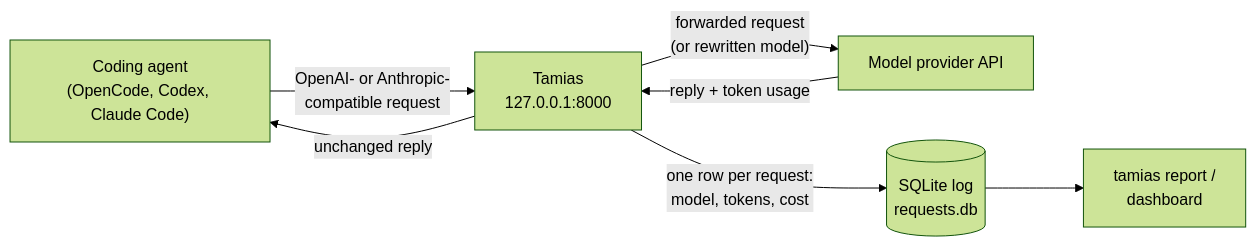
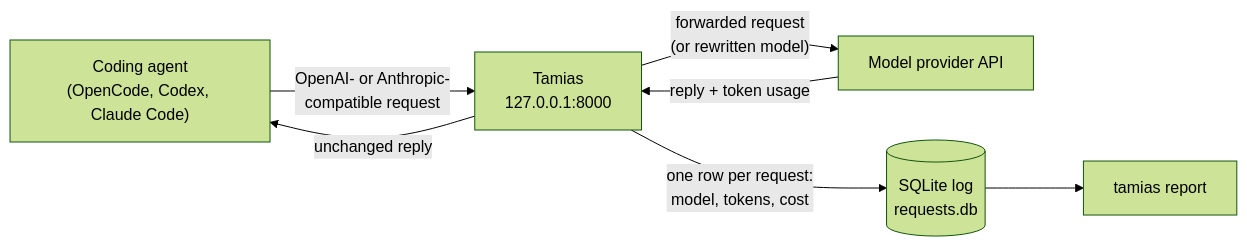
Before and after one commit to kr1shnac/tamias: the diagram in docs/diagrams/request-flow.mmd, drawn with Mermaid (forest theme). The commit also changed 42 other files, not shown here.

```diff
--- a/docs/diagrams/request-flow.mmd
+++ b/docs/diagrams/request-flow.mmd
@@ -1,7 +1,7 @@
 flowchart LR
     A["Coding agent<br/>(OpenCode, Codex, Claude Code)"] -->|"OpenAI- or Anthropic-<br/>compatible request"| T["Tamias<br/>127.0.0.1:8000"]
     T -->|"forwarded request<br/>(or rewritten model)"| P["Model provider API"]
     P -->|"reply + token usage"| T
     T -->|"unchanged reply"| A
     T -->|"one row per request:<br/>model, tokens, cost"| DB[("SQLite log<br/>requests.db")]
-    DB --> R["tamias report /<br/>dashboard"]
+    DB --> R["tamias report"]
```
